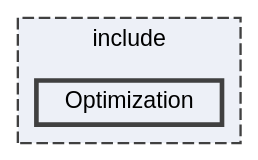
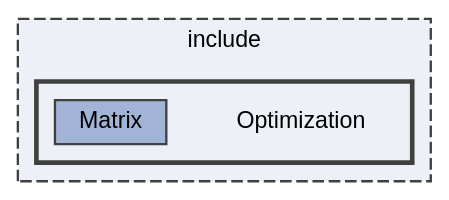
The diagram in dir_976444ffbcd0cf7e59138d237483c157_dep.dot (jswoo0615/Algorithms_for_Optimization_cpp), drawn with Graphviz before and after one commit. The commit also changed 88 other files, not shown here.

```diff
--- a/dir_976444ffbcd0cf7e59138d237483c157_dep.dot
+++ b/dir_976444ffbcd0cf7e59138d237483c157_dep.dot
@@ -1,12 +1,16 @@
 digraph "include/Optimization"
 {
  // LATEX_PDF_SIZE
   bgcolor="transparent";
   edge [fontname=Helvetica,fontsize=10,labelfontname=Helvetica,labelfontsize=10];
   node [fontname=Helvetica,fontsize=10,shape=box,height=0.2,width=0.4];
   compound=true
   subgraph clusterdir_d44c64559bbebec7f509842c48db8b23 {
     graph [ bgcolor="#edf0f7", pencolor="grey25", label="include", fontname=Helvetica,fontsize=10 style="filled,dashed", URL="dir_d44c64559bbebec7f509842c48db8b23.html",tooltip=""]
-  dir_976444ffbcd0cf7e59138d237483c157 [label="Optimization", fillcolor="#edf0f7", color="grey25", style="filled,bold", URL="dir_976444ffbcd0cf7e59138d237483c157.html",tooltip=""];
+  subgraph clusterdir_976444ffbcd0cf7e59138d237483c157 {
+    graph [ bgcolor="#edf0f7", pencolor="grey25", label="", fontname=Helvetica,fontsize=10 style="filled,bold", URL="dir_976444ffbcd0cf7e59138d237483c157.html",tooltip=""]
+    dir_976444ffbcd0cf7e59138d237483c157 [shape=plaintext, label="Optimization"];
+  dir_a66bc7e01f4013e53ad389310fb0c51c [label="Matrix", fillcolor="#a2b4d6", color="grey25", style="filled", URL="dir_a66bc7e01f4013e53ad389310fb0c51c.html",tooltip=""];
+  }
   }
 }
```
